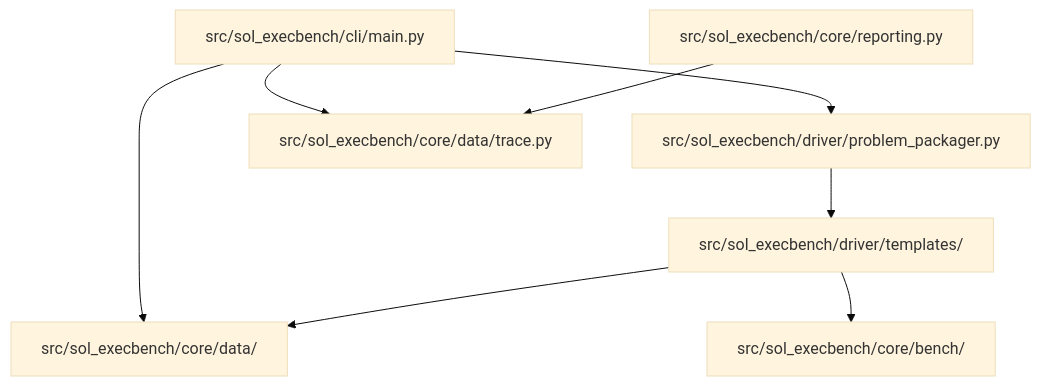
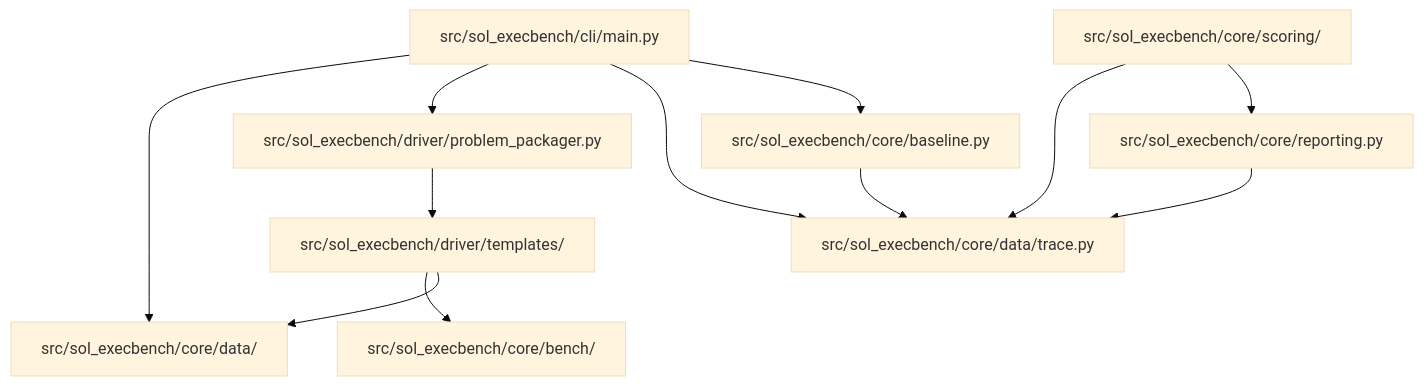
Before and after one commit to gwokhou/SOL-ExecBench-ROCm: the diagram in docs/ARCHITECTURE.md, drawn with Mermaid (base theme). The commit also changed other lines of this file and 15 other files, not shown here.

````diff
--- a/docs/ARCHITECTURE.md
+++ b/docs/ARCHITECTURE.md
@@ -22,18 +23,24 @@
 ```mermaid
 graph TD
     CLI["src/sol_execbench/cli/main.py"]
     Models["src/sol_execbench/core/data/"]
     Bench["src/sol_execbench/core/bench/"]
+    Scoring["src/sol_execbench/core/scoring/"]
     Packager["src/sol_execbench/driver/problem_packager.py"]
     Templates["src/sol_execbench/driver/templates/"]
     Trace["src/sol_execbench/core/data/trace.py"]
     Reports["src/sol_execbench/core/reporting.py"]
+    Baseline["src/sol_execbench/core/baseline.py"]
 
     CLI --> Models
     CLI --> Packager
     Packager --> Templates
     Templates --> Bench
     Templates --> Models
     CLI --> Trace
+    CLI --> Baseline
+    Baseline --> Trace
     Reports --> Trace
+    Scoring --> Trace
+    Scoring --> Reports
 ```
````
